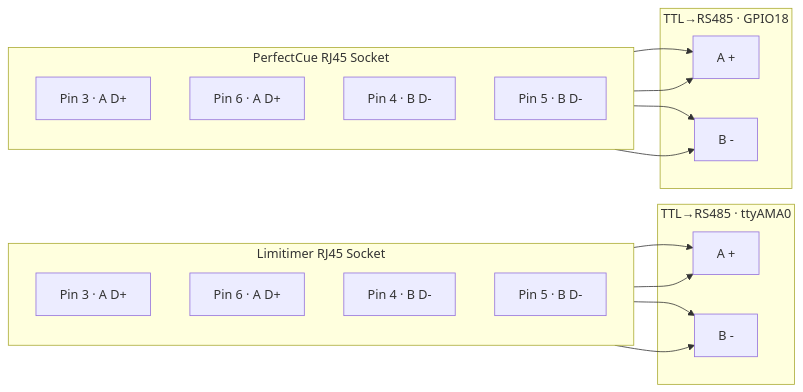
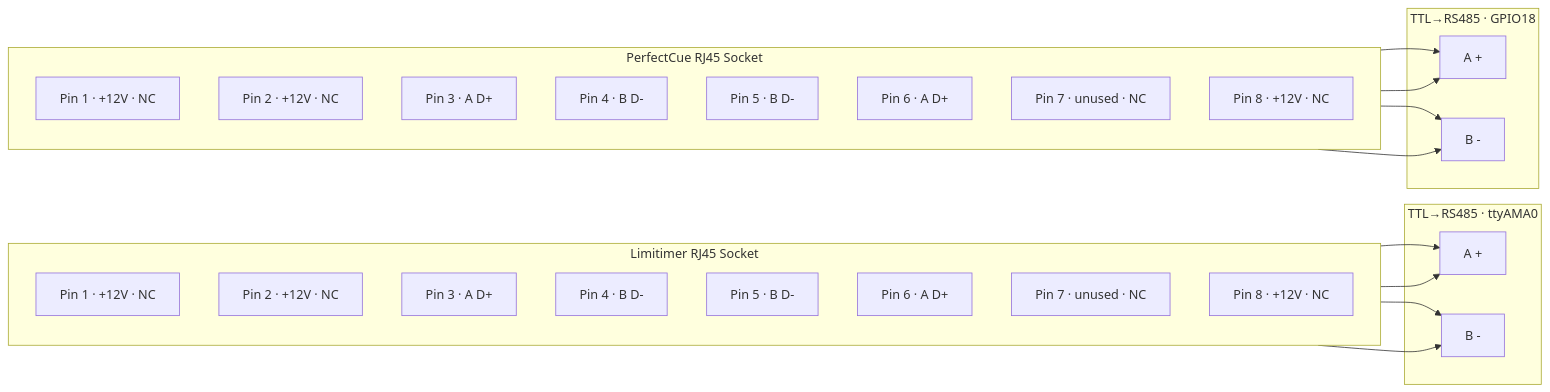
One commit to jpkelly/PiTG changed the first of 2 diagrams in README.md. Above: the diagram before and after it, drawn with Mermaid.

Commit message:
Show all 8 pins sequentially in RJ45 Mermaid diagram

````diff
--- a/README.md
+++ b/README.md
@@ -193,30 +193,38 @@
 ```mermaid
 flowchart LR
     subgraph LIM_RJ45[Limitimer RJ45 Socket]
         direction TB
-        L3[Pin 3 · A D+]
-        L6[Pin 6 · A D+]
-        L4[Pin 4 · B D-]
-        L5[Pin 5 · B D-]
+		L1[Pin 1 · +12V · NC]
+		L2[Pin 2 · +12V · NC]
+		L3[Pin 3 · A D+]
+		L4[Pin 4 · B D-]
+		L5[Pin 5 · B D-]
+		L6[Pin 6 · A D+]
+		L7[Pin 7 · unused · NC]
+		L8[Pin 8 · +12V · NC]
     end
     subgraph LIM_XCVR[TTL→RS485 · ttyAMA0]
         LA[A +]
         LB[B -]
     end
     L3 & L6 --> LA
     L4 & L5 --> LB
 
     subgraph PC_RJ45[PerfectCue RJ45 Socket]
         direction TB
-        P3[Pin 3 · A D+]
-        P6[Pin 6 · A D+]
-        P4[Pin 4 · B D-]
-        P5[Pin 5 · B D-]
+		P1[Pin 1 · +12V · NC]
+		P2[Pin 2 · +12V · NC]
+		P3[Pin 3 · A D+]
+		P4[Pin 4 · B D-]
+		P5[Pin 5 · B D-]
+		P6[Pin 6 · A D+]
+		P7[Pin 7 · unused · NC]
+		P8[Pin 8 · +12V · NC]
     end
     subgraph PC_XCVR[TTL→RS485 · GPIO18]
         PA[A +]
         PB[B -]
     end
     P3 & P6 --> PA
     P4 & P5 --> PB
 ```
````
